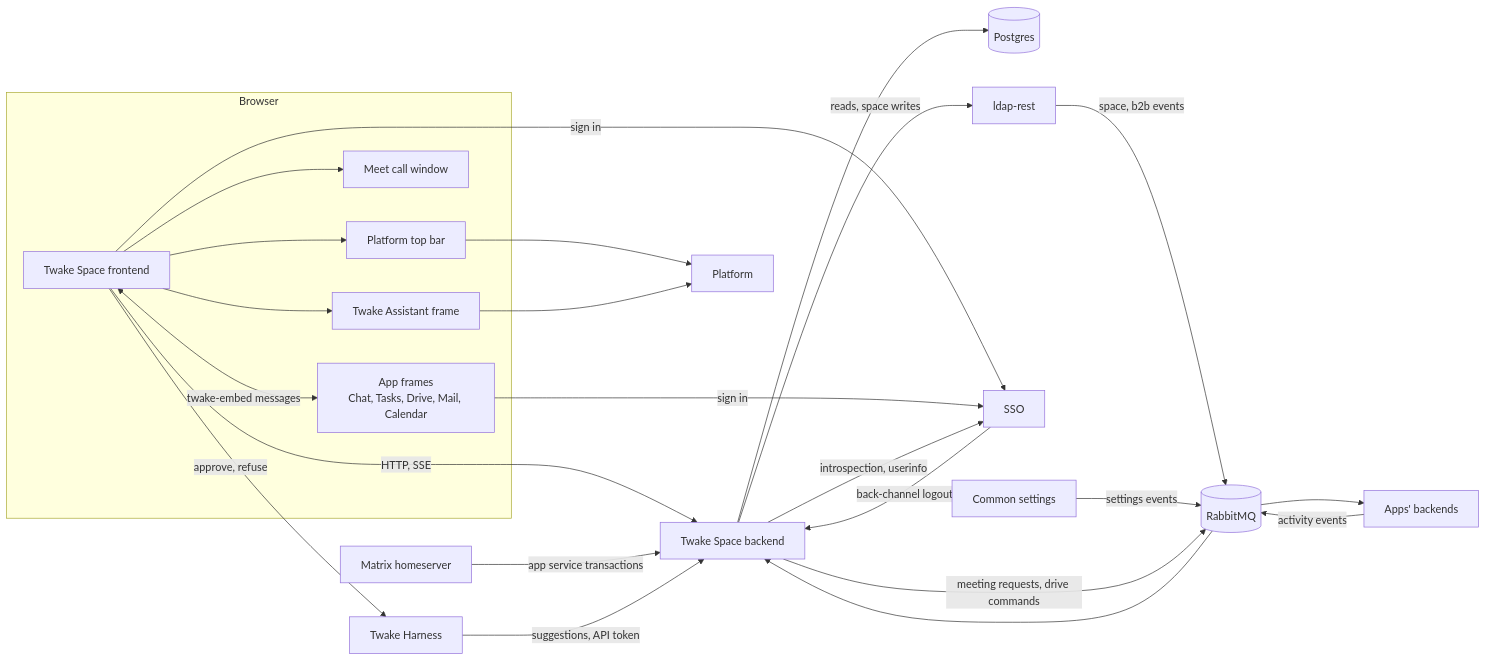
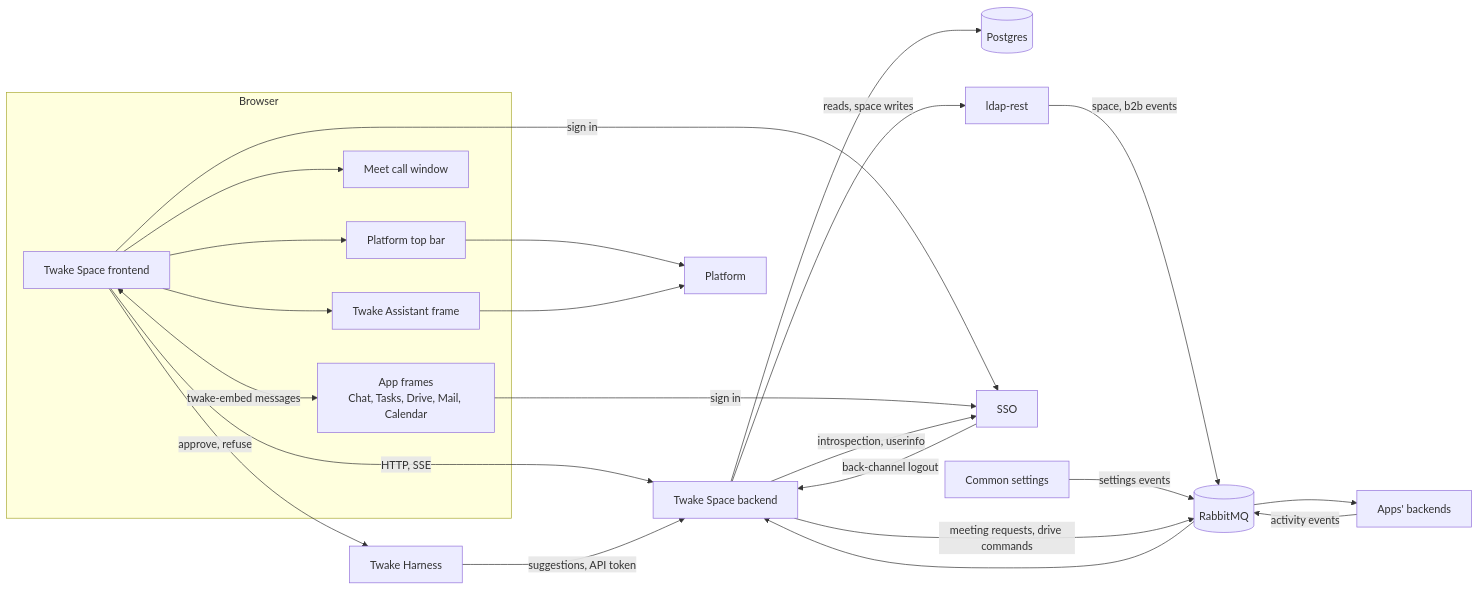
One commit to linagora/twake-space changed the first of 4 diagrams in docs/architecture.md. Above: the diagram before and after it, drawn with Mermaid. The commit also changed other lines of this file and 35 other files, not shown here.

First line of the commit message:
fix(backend): remove the Matrix feed and its app service tokens

````diff
--- a/docs/architecture.md
+++ b/docs/architecture.md
@@ -15,41 +15,39 @@
 ```mermaid
 flowchart LR
   subgraph browser[Browser]
     fe[Twake Space frontend]
     frames["App frames<br>Chat, Tasks, Drive, Mail, Calendar"]
     meet[Meet call window]
     bar[Platform top bar]
     assistant[Twake Assistant frame]
   end
   be[Twake Space backend]
   pg[(Postgres)]
   mq[(RabbitMQ)]
   ldap[ldap-rest]
   sso[SSO]
-  hs[Matrix homeserver]
   apps[Apps' backends]
   settings[Common settings]
   platform[Platform]
   harness[Twake Harness]
 
   fe -->|HTTP, SSE| be
   fe <-->|twake-embed messages| frames
   fe --> meet
   fe --> bar
   fe --> assistant
   bar & assistant --> platform
   fe -->|approve, refuse| harness
   fe & frames -->|sign in| sso
   be --> pg
   be -->|reads, space writes| ldap
   be -->|introspection, userinfo| sso
   ldap -->|space, b2b events| mq
   apps -->|activity events| mq
   settings -->|settings events| mq
   mq --> be
   be -->|meeting requests, drive commands| mq
   mq --> apps
-  hs -->|app service transactions| be
   sso -->|back-channel logout| be
   harness -->|suggestions, API token| be
 ```
````
